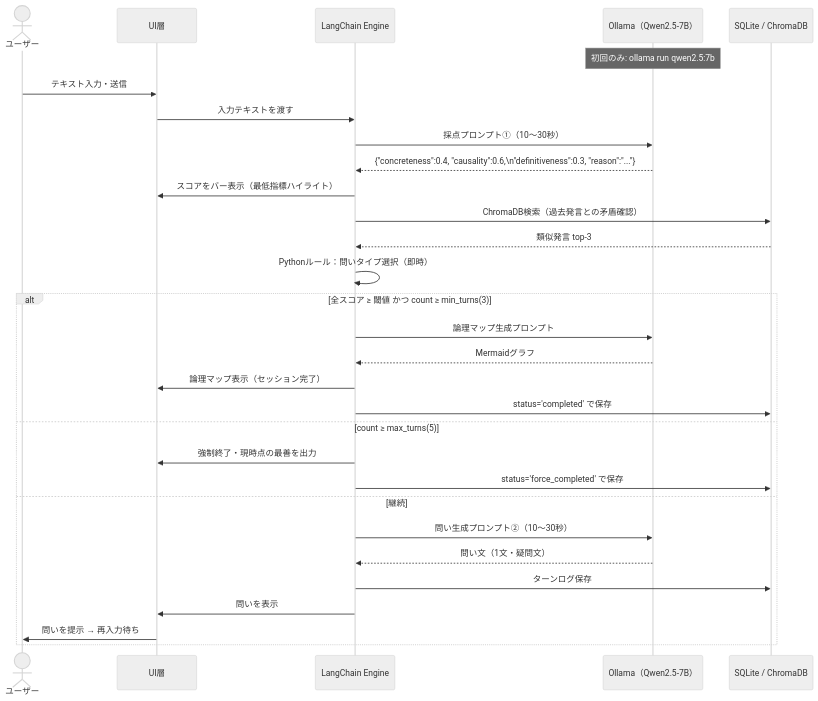
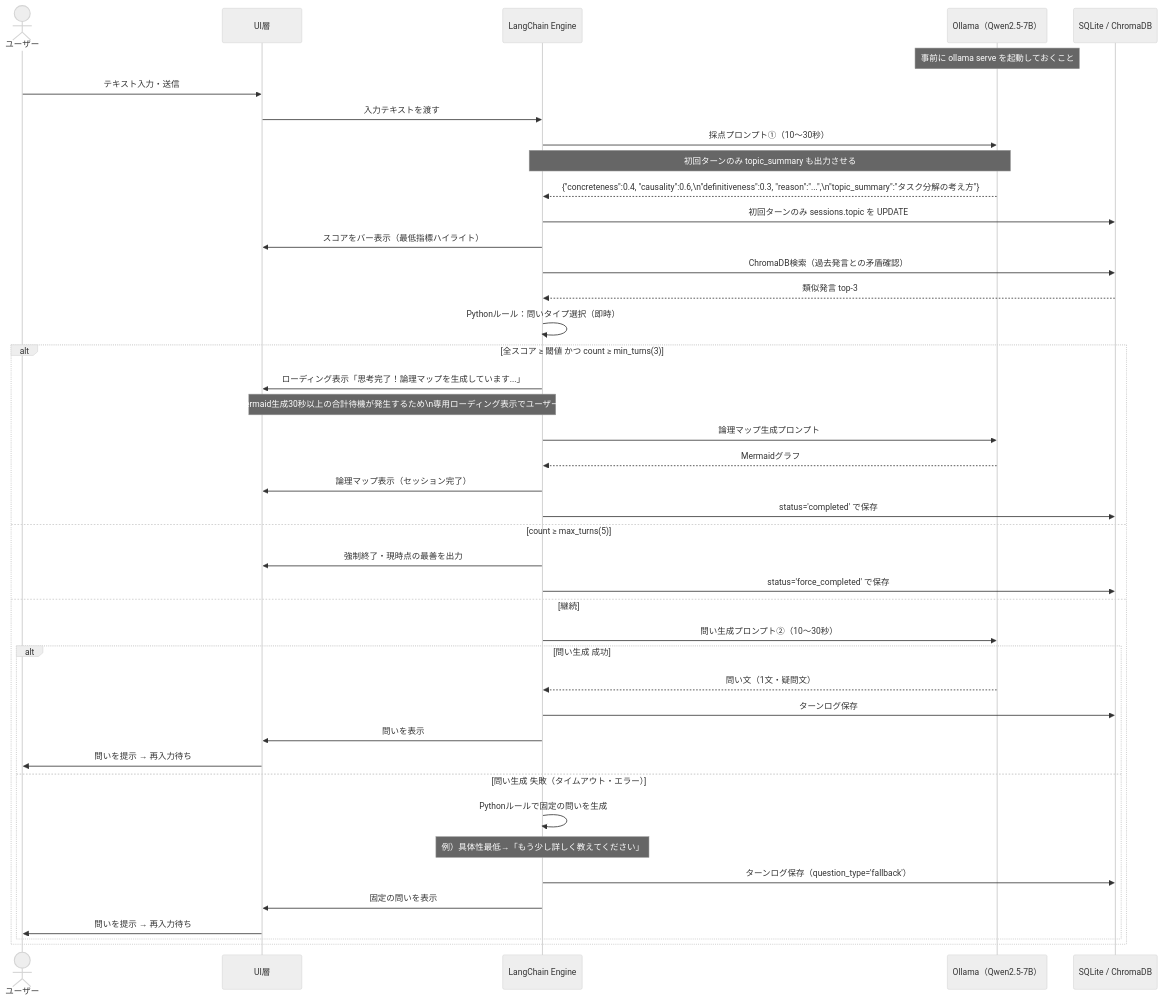
Before and after one commit to saneatu4060/deep-why: the second of 5 diagrams in docs/03_internal_design.md, drawn with Mermaid (neutral theme). The commit also changed other lines of this file, not shown here.

````diff
--- a/docs/03_internal_design.md
+++ b/docs/03_internal_design.md
@@ -76,38 +79,50 @@
 ```mermaid
 sequenceDiagram
     actor User as ユーザー
     participant UI as UI層
     participant Engine as LangChain Engine
     participant LLM as Ollama（Qwen2.5-7B）
     participant DB as SQLite / ChromaDB
 
-    Note over LLM: 初回のみ: ollama run qwen2.5:7b
+    Note over LLM: 事前に ollama serve を起動しておくこと
 
     User->>UI: テキスト入力・送信
     UI->>Engine: 入力テキストを渡す
 
     Engine->>LLM: 採点プロンプト①（10〜30秒）
-    LLM-->>Engine: {"concreteness":0.4, "causality":0.6,\n"definitiveness":0.3, "reason":"..."}
+    Note over Engine,LLM: 初回ターンのみ topic_summary も出力させる
+    LLM-->>Engine: {"concreteness":0.4, "causality":0.6,\n"definitiveness":0.3, "reason":"...",\n"topic_summary":"タスク分解の考え方"}
 
+    Engine->>DB: 初回ターンのみ sessions.topic を UPDATE
     Engine->>UI: スコアをバー表示（最低指標ハイライト）
     Engine->>DB: ChromaDB検索（過去発言との矛盾確認）
     DB-->>Engine: 類似発言 top-3
 
     Engine->>Engine: Pythonルール：問いタイプ選択（即時）
 
     alt 全スコア ≥ 閾値 かつ count ≥ min_turns(3)
+        Engine->>UI: ローディング表示「思考完了！論理マップを生成しています...」
+        Note over Engine,UI: 採点30秒＋Mermaid生成30秒以上の合計待機が発生するため\n専用ローディング表示でユーザーの離脱を防ぐ
         Engine->>LLM: 論理マップ生成プロンプト
         LLM-->>Engine: Mermaidグラフ
         Engine->>UI: 論理マップ表示（セッション完了）
         Engine->>DB: status='completed' で保存
     else count ≥ max_turns(5)
         Engine->>UI: 強制終了・現時点の最善を出力
         Engine->>DB: status='force_completed' で保存
     else 継続
         Engine->>LLM: 問い生成プロンプト②（10〜30秒）
-        LLM-->>Engine: 問い文（1文・疑問文）
-        Engine->>DB: ターンログ保存
-        Engine->>UI: 問いを表示
-        UI->>User: 問いを提示 → 再入力待ち
+        alt 問い生成 成功
+            LLM-->>Engine: 問い文（1文・疑問文）
+            Engine->>DB: ターンログ保存
+            Engine->>UI: 問いを表示
+            UI->>User: 問いを提示 → 再入力待ち
+        else 問い生成 失敗（タイムアウト・エラー）
+            Engine->>Engine: Pythonルールで固定の問いを生成
+            Note over Engine: 例）具体性最低→「もう少し詳しく教えてください」
+            Engine->>DB: ターンログ保存（question_type='fallback'）
+            Engine->>UI: 固定の問いを表示
+            UI->>User: 問いを提示 → 再入力待ち
+        end
     end
 ```
````
